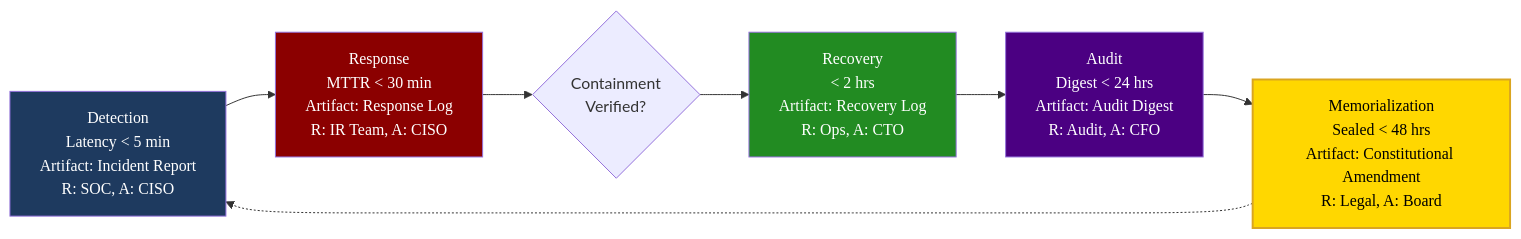
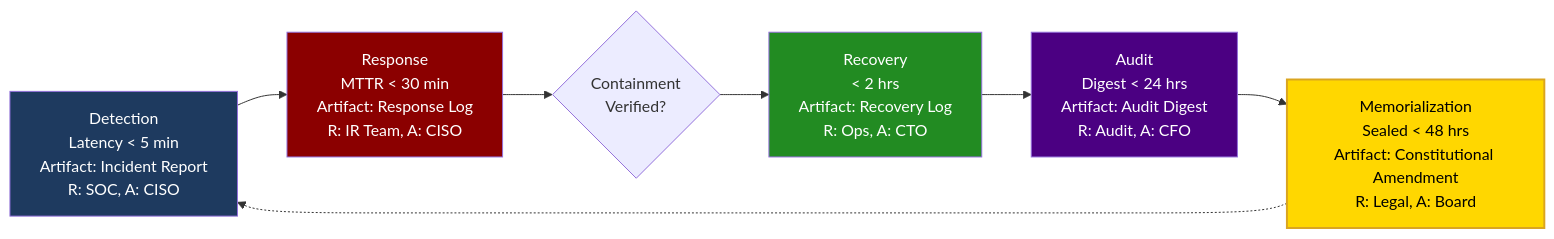
One commit to cantbringmedown82/bnb-chain.github.io changed the diagram in guardian-shield/docs/sovereign_constitutional_artifact.md. Above: the diagram before and after it, drawn with Mermaid.

Commit message:
Remove font-family from Mermaid classDef for better compatibility

````diff
--- a/guardian-shield/docs/sovereign_constitutional_artifact.md
+++ b/guardian-shield/docs/sovereign_constitutional_artifact.md
@@ -11,18 +11,18 @@
 ```mermaid
 flowchart LR
-    classDef detect fill:#1E3A5F,color:white,font-family:Times New Roman
-    classDef respond fill:#8B0000,color:white,font-family:Times New Roman
-    classDef recover fill:#228B22,color:white,font-family:Times New Roman
-    classDef audit fill:#4B0082,color:white,font-family:Times New Roman
-    classDef memorial fill:#FFD700,color:black,font-family:Times New Roman,stroke-width:2px,stroke:#DAA520
+    classDef detect fill:#1E3A5F,color:white
+    classDef respond fill:#8B0000,color:white
+    classDef recover fill:#228B22,color:white
+    classDef audit fill:#4B0082,color:white
+    classDef memorial fill:#FFD700,color:black,stroke-width:2px,stroke:#DAA520
 
     D[Detection<br/>Latency < 5 min<br/>Artifact: Incident Report<br/>R: SOC, A: CISO]:::detect
     R[Response<br/>MTTR < 30 min<br/>Artifact: Response Log<br/>R: IR Team, A: CISO]:::respond
     C{Containment<br/>Verified?}
     Rc[Recovery<br/>< 2 hrs<br/>Artifact: Recovery Log<br/>R: Ops, A: CTO]:::recover
     A[Audit<br/>Digest < 24 hrs<br/>Artifact: Audit Digest<br/>R: Audit, A: CFO]:::audit
     M[Memorialization<br/>Sealed < 48 hrs<br/>Artifact: Constitutional Amendment<br/>R: Legal, A: Board]:::memorial
 
     D --> R --> C --> Rc --> A --> M
     M -.-> D
 ```
````
